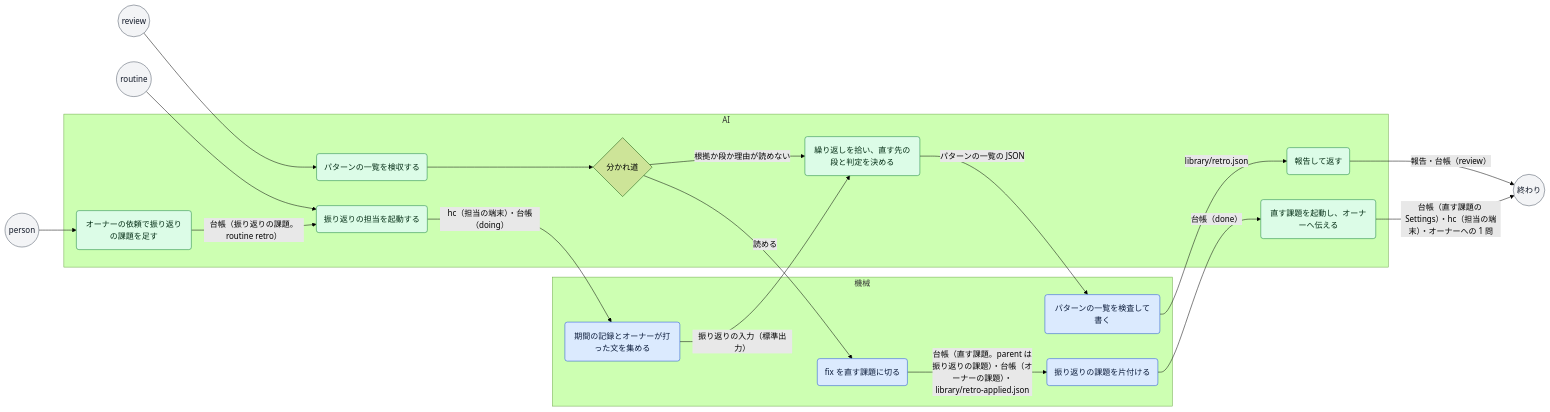
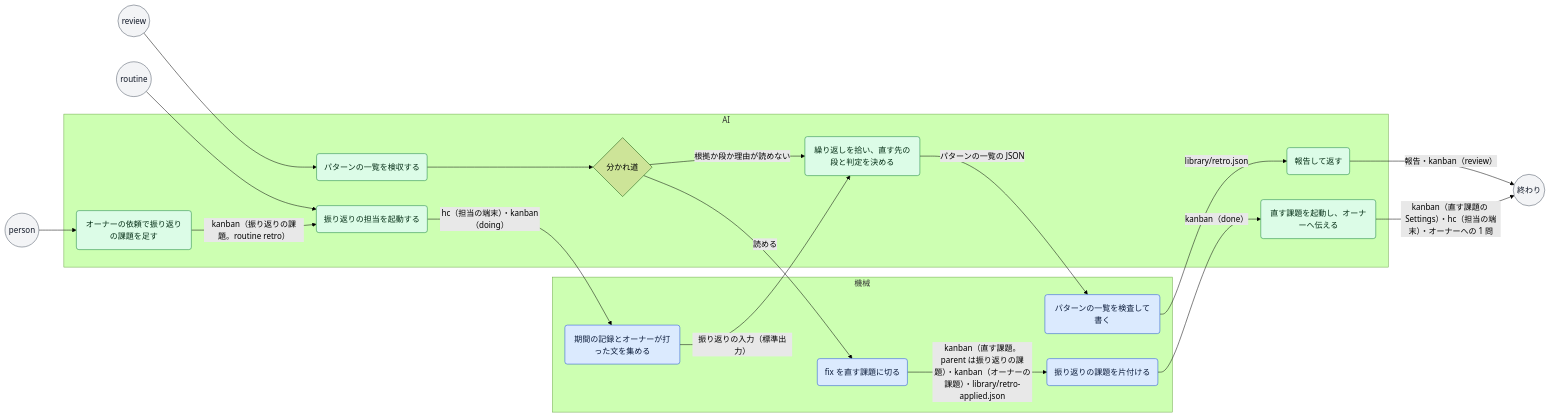
The diagram in docs/process/retrospective.md (mitaku/andon), drawn with Mermaid (forest theme) before and after one commit. The commit also changed other lines of this file and 46 other files, not shown here.

````diff
--- a/docs/process/retrospective.md
+++ b/docs/process/retrospective.md
@@ -17,41 +17,41 @@
 ```mermaid
 flowchart LR
   classDef machine fill:#dbeafe,stroke:#1d4ed8,color:#0b1b3a
   classDef ai fill:#dcfce7,stroke:#15803d,color:#052e16
   classDef person fill:#fef3c7,stroke:#b45309,color:#3b1d02
   classDef event fill:#f3f4f6,stroke:#4b5563,color:#111827
   t_routine(("routine")):::event
   t_person(("person")):::event
   t_review(("review")):::event
   subgraph lane_machine["機械"]
     s_collect("期間の記録とオーナーが打った文を集める"):::machine
     s_write("パターンの一覧を検査して書く"):::machine
     s_apply("fix を直す課題に切る"):::machine
     s_finish("振り返りの課題を片付ける"):::machine
   end
   subgraph lane_ai["AI"]
     s_add("オーナーの依頼で振り返りの課題を足す"):::ai
     s_start("振り返りの担当を起動する"):::ai
     s_find("繰り返しを拾い、直す先の段と判定を決める"):::ai
     s_report("報告して返す"):::ai
     s_check("パターンの一覧を検収する"):::ai
     g_check{"分かれ道"}
     s_follow("直す課題を起動し、オーナーへ伝える"):::ai
   end
   t_routine --> s_start
   t_person --> s_add
   t_review --> s_check
-  s_add -->|"台帳（振り返りの課題。routine retro）"| s_start
-  s_start -->|"hc（担当の端末）・台帳（doing）"| s_collect
+  s_add -->|"kanban（振り返りの課題。routine retro）"| s_start
+  s_start -->|"hc（担当の端末）・kanban（doing）"| s_collect
   s_collect -->|"振り返りの入力（標準出力）"| s_find
   s_find -->|"パターンの一覧の JSON"| s_write
   s_write -->|"library/retro.json"| s_report
-  s_report -->|"報告・台帳（review）"| fin
+  s_report -->|"報告・kanban（review）"| fin
   s_check --> g_check
   g_check -->|"根拠か段か理由が読めない"| s_find
   g_check -->|"読める"| s_apply
-  s_apply -->|"台帳（直す課題。parent は振り返りの課題）・台帳（オーナーの課題）・library/retro-applied.json"| s_finish
-  s_finish -->|"台帳（done）"| s_follow
-  s_follow -->|"台帳（直す課題の Settings）・hc（担当の端末）・オーナーへの 1 問"| fin
+  s_apply -->|"kanban（直す課題。parent は振り返りの課題）・kanban（オーナーの課題）・library/retro-applied.json"| s_finish
+  s_finish -->|"kanban（done）"| s_follow
+  s_follow -->|"kanban（直す課題の Settings）・hc（担当の端末）・オーナーへの 1 問"| fin
   fin(("終わり")):::event
 ```
````
